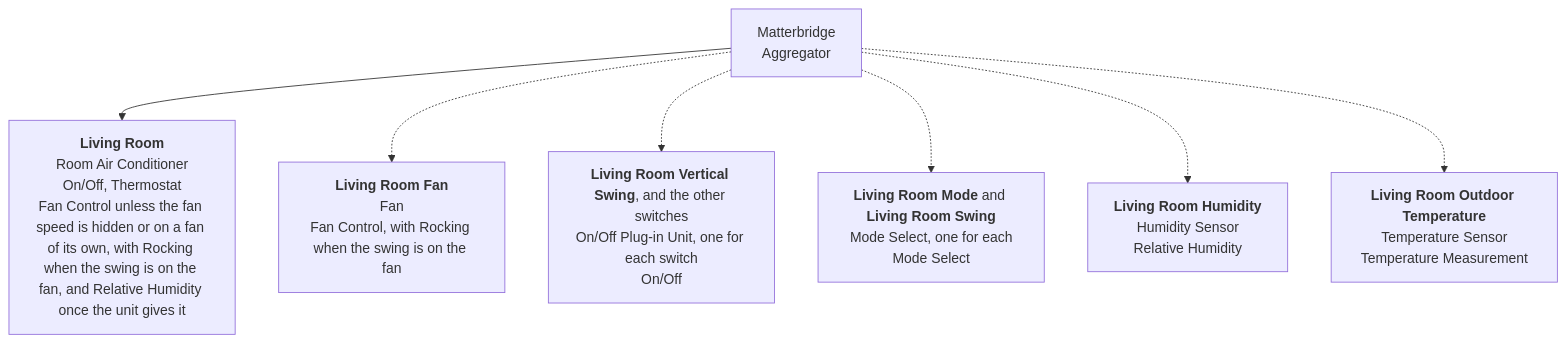
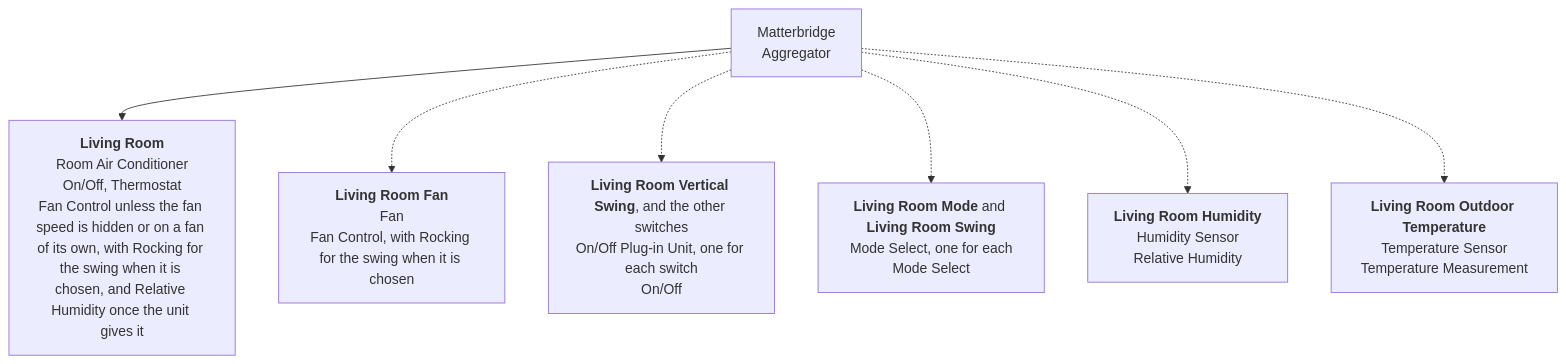
Before and after one commit to cheziyi/matterbridge-daikin-local: the second of 2 diagrams in README.md, drawn with Mermaid. The commit also changed other lines of this file and 6 other files, not shown here.

First line of the commit message:
docs(devices): name the swing choice of the rocking Native rocking

````diff
--- a/README.md
+++ b/README.md
@@ -268,16 +268,16 @@
 ```mermaid
 flowchart TD
     bridge["Matterbridge<br/>Aggregator"]
-    ac["<b>Living Room</b><br/>Room Air Conditioner<br/>On/Off, Thermostat<br/>Fan Control unless the fan speed is hidden or on a fan of its own, with Rocking when the swing is on the fan, and Relative Humidity once the unit gives it"]
-    fan["<b>Living Room Fan</b><br/>Fan<br/>Fan Control, with Rocking when the swing is on the fan"]
+    ac["<b>Living Room</b><br/>Room Air Conditioner<br/>On/Off, Thermostat<br/>Fan Control unless the fan speed is hidden or on a fan of its own, with Rocking for the swing when it is chosen, and Relative Humidity once the unit gives it"]
+    fan["<b>Living Room Fan</b><br/>Fan<br/>Fan Control, with Rocking for the swing when it is chosen"]
     switches["<b>Living Room Vertical Swing</b>, and the other switches<br/>On/Off Plug-in Unit, one for each switch<br/>On/Off"]
     selects["<b>Living Room Mode</b> and <b>Living Room Swing</b><br/>Mode Select, one for each<br/>Mode Select"]
     humidity["<b>Living Room Humidity</b><br/>Humidity Sensor<br/>Relative Humidity"]
     outdoor["<b>Living Room Outdoor Temperature</b><br/>Temperature Sensor<br/>Temperature Measurement"]
     bridge --> ac
     bridge -.-> fan
     bridge -.-> switches
     bridge -.-> selects
     bridge -.-> humidity
     bridge -.-> outdoor
 ```
````
